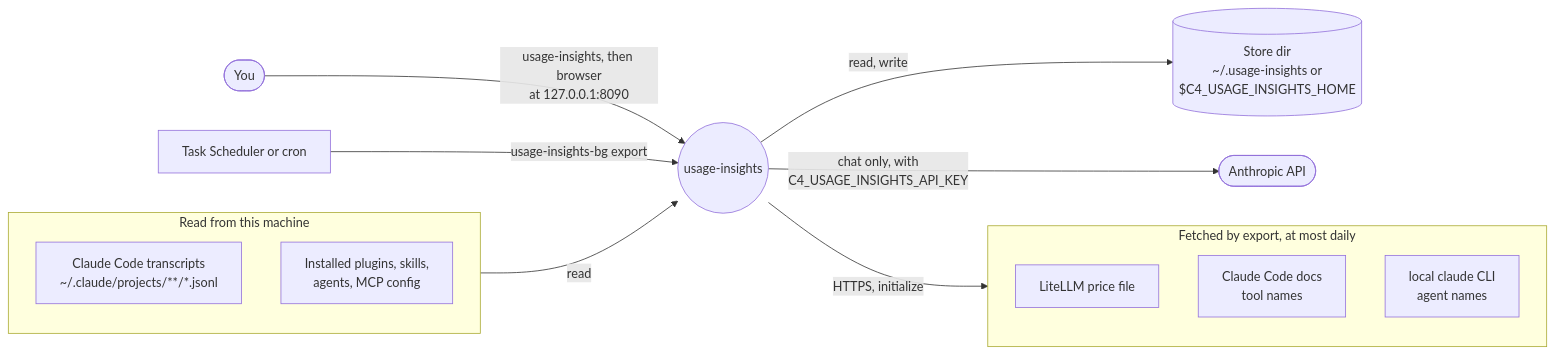
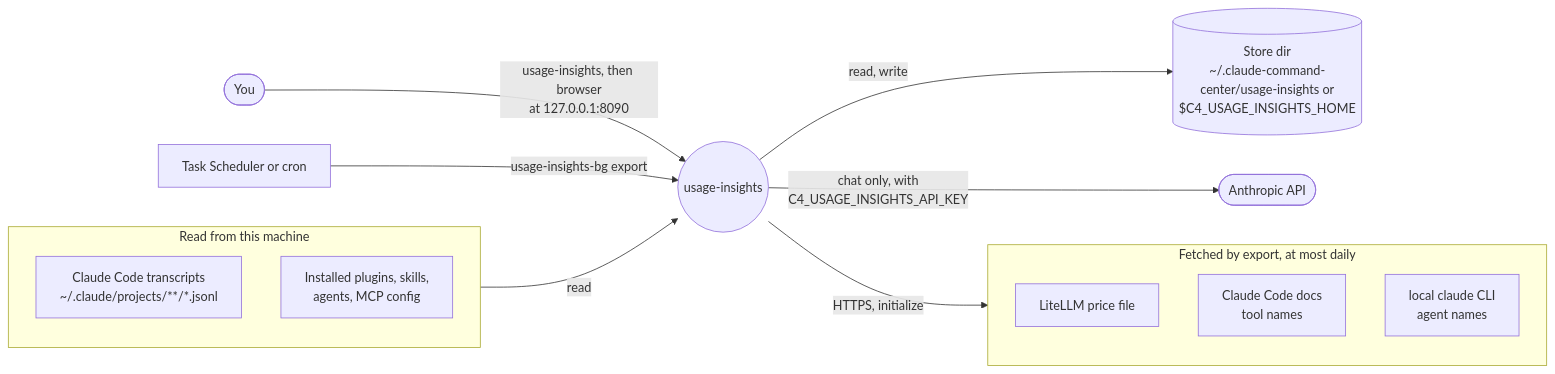
Before and after one commit to cheneeheng/claude-code-command-center: the second of 7 diagrams in apps/usage-insights/product/ARCHITECTURE.md, drawn with Mermaid. The commit also changed other lines of this file and 10 other files, not shown here.

First line of the commit message:
feat(usage-insights): keep the store under ~/.claude-command-center (#86)

````diff
--- a/apps/usage-insights/product/ARCHITECTURE.md
+++ b/apps/usage-insights/product/ARCHITECTURE.md
@@ -53,22 +53,22 @@
 ```mermaid
 flowchart LR
     you([You]) -->|"usage-insights, then browser<br/>at 127.0.0.1:8090"| app((usage-insights))
     task["Task Scheduler or cron"] -->|"usage-insights-bg export"| app
 
     subgraph disk [Read from this machine]
         cc["Claude Code transcripts<br/>~/.claude/projects/**/*.jsonl"]
         cfg["Installed plugins, skills,<br/>agents, MCP config"]
     end
     disk -->|read| app
 
-    app -->|"read, write"| home[("Store dir<br/>~/.usage-insights or<br/>$C4_USAGE_INSIGHTS_HOME")]
+    app -->|"read, write"| home[("Store dir<br/>~/.claude-command-center/usage-insights or<br/>$C4_USAGE_INSIGHTS_HOME")]
 
     subgraph net [Fetched by export, at most daily]
         ll["LiteLLM price file"]
         docs["Claude Code docs<br/>tool names"]
         cli["local claude CLI<br/>agent names"]
     end
     app -->|"HTTPS, initialize"| net
 
     app -->|"chat only, with<br/>C4_USAGE_INSIGHTS_API_KEY"| api([Anthropic API])
 ```
````
